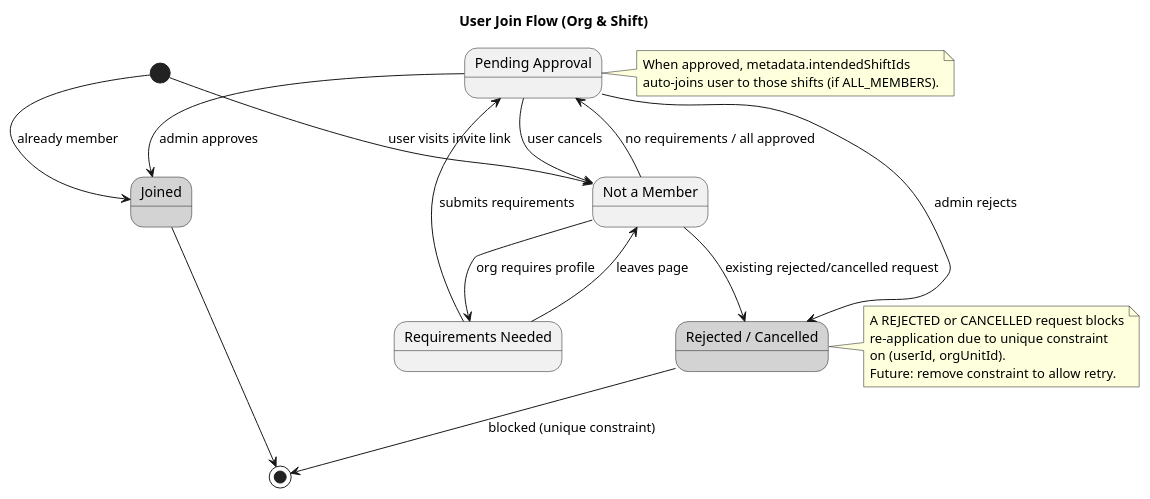
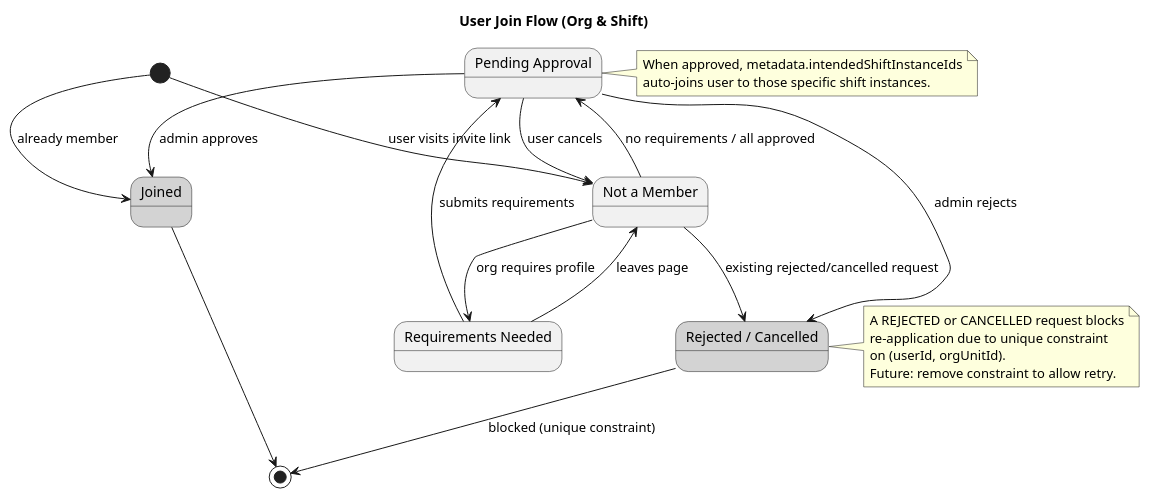
The first of 6 diagrams in models/flows.plantuml (holi-social/caluno), drawn with PlantUML before and after one commit. The commit also changed 17 other files, not shown here.

Commit message:
refactor(backend): update joinShift mutation to include instanceId

```diff
--- a/models/flows.plantuml
+++ b/models/flows.plantuml
@@ -1,44 +1,44 @@
 @startuml user_join_flow
 
 skinparam state {
     BackgroundColor<<terminal>> LightGray
 }
 
 title User Join Flow (Org & Shift)
 
 state "Not a Member" as NotMember
 state "Requirements Needed" as RequirementsNeeded
 state "Pending Approval" as Pending
 state "Rejected / Cancelled" as Rejected <<terminal>>
 state "Joined" as Joined <<terminal>>
 
 [*] --> NotMember : user visits invite link
 [*] --> Joined : already member
 
 NotMember --> RequirementsNeeded : org requires profile
 NotMember --> Pending : no requirements / all approved
 NotMember --> Rejected : existing rejected/cancelled request
 
 RequirementsNeeded --> Pending : submits requirements
 RequirementsNeeded --> NotMember : leaves page
 
 Pending --> Joined : admin approves
 Pending --> Rejected : admin rejects
 Pending --> NotMember : user cancels
 
 Rejected --> [*] : blocked (unique constraint)
 Joined --> [*]
 
 note right of Rejected
   A REJECTED or CANCELLED request blocks
   re-application due to unique constraint
   on (userId, orgUnitId).
   Future: remove constraint to allow retry.
 end note
 
 note right of Pending
-  When approved, metadata.intendedShiftIds
-  auto-joins user to those shifts (if ALL_MEMBERS).
+  When approved, metadata.intendedShiftInstanceIds
+  auto-joins user to those specific shift instances.
 end note
 
 @enduml
```
